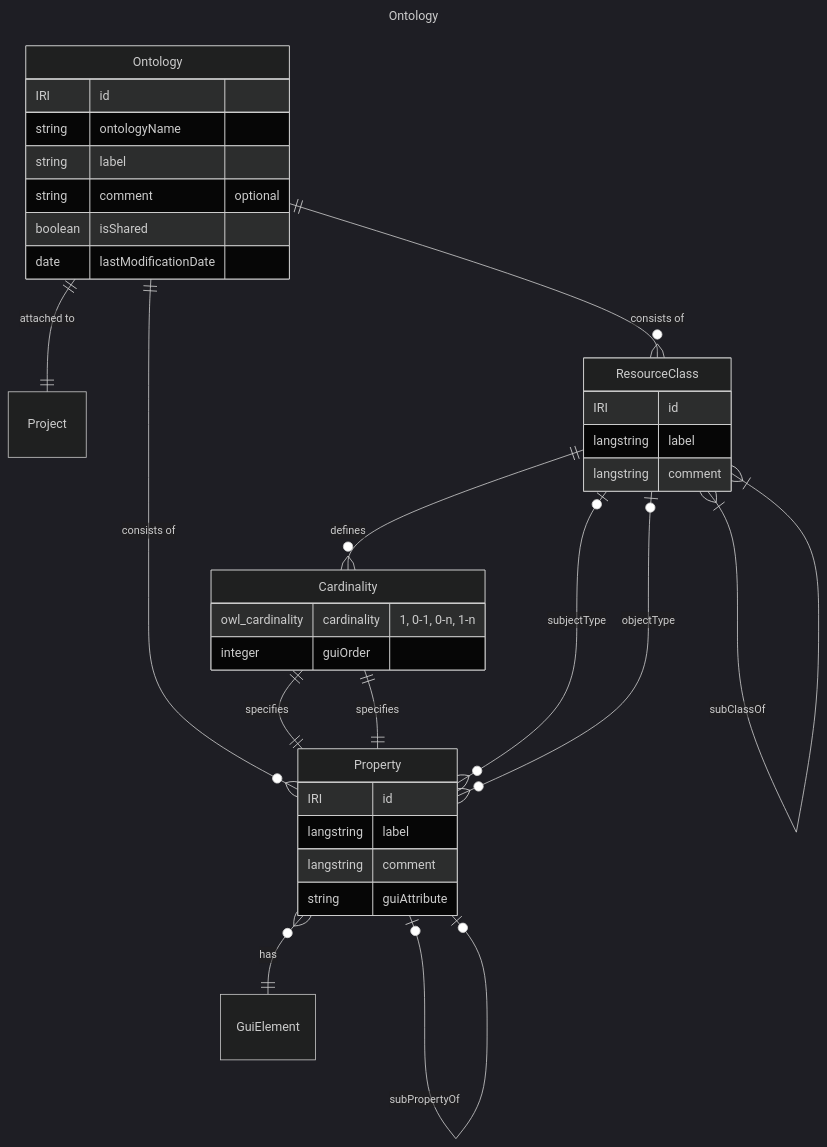
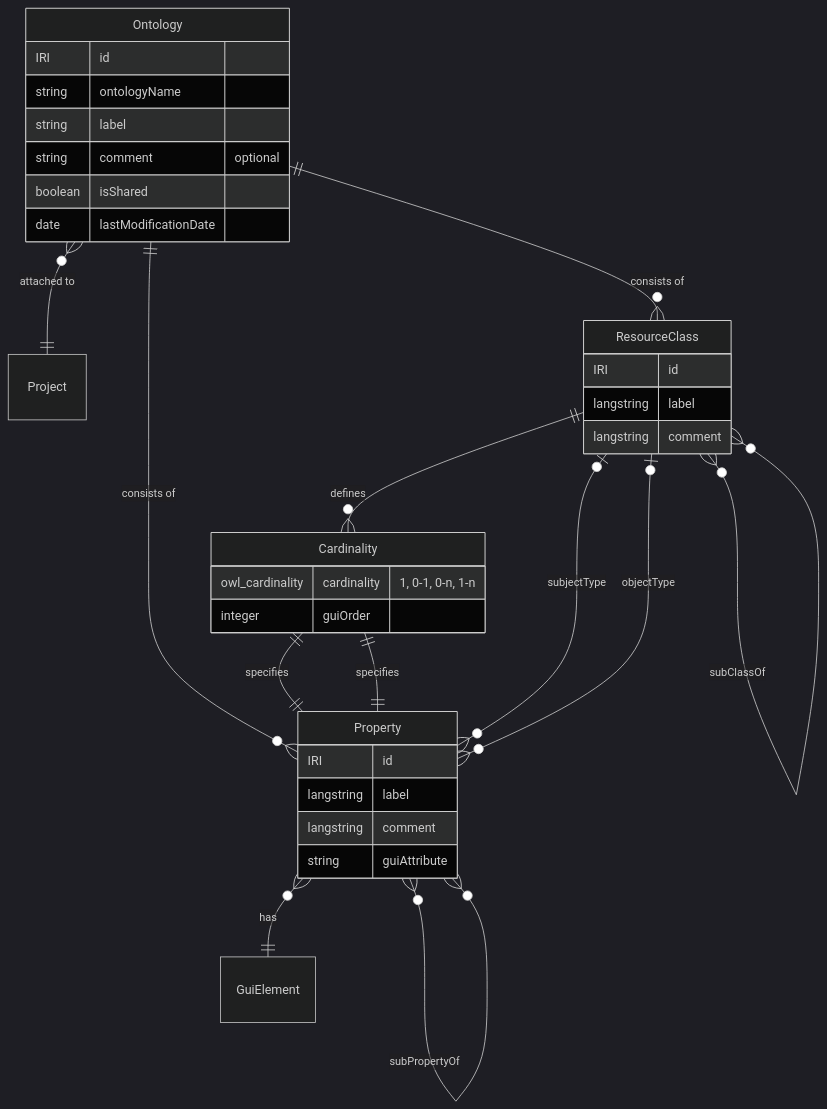
One commit to dasch-swiss/dsp-api changed the third of 4 diagrams in docs/05-internals/design/domain/domain-entities-and-relations.md. Above: the diagram before and after it, drawn with Mermaid (dark theme). The commit also changed other lines of this file, not shown here.

````diff
--- a/docs/05-internals/design/domain/domain-entities-and-relations.md
+++ b/docs/05-internals/design/domain/domain-entities-and-relations.md
@@ -125,42 +120,39 @@
 ```mermaid
----
-title: Ontology
----
 erDiagram
     Project {}
     Ontology {
         IRI id
         string ontologyName
         string label
         string comment "optional"
         boolean isShared
         date lastModificationDate
     }
     ResourceClass {
         IRI id
         langstring label
         langstring comment
     }
     Property {
         IRI id
         langstring label
         langstring comment
         string guiAttribute
     }
     GuiElement {}
     Cardinality {
         owl_cardinality cardinality "1, 0-1, 0-n, 1-n"
         integer guiOrder
     }
-    Ontology ||--|| Project: "attached to"
+    Ontology o{--|| Project: "attached to"
     Ontology ||--o{ ResourceClass: "consists of"
     Ontology ||--o{ Property: "consists of"
-    ResourceClass }|--|{ ResourceClass: subClassOf
+    ResourceClass }o--o{ ResourceClass: subClassOf
     ResourceClass ||--o{ Cardinality: defines
     Cardinality ||--|| Property: specifies
-    Property |o--o| Property: subPropertyOf
+    Property }o--o{ Property: subPropertyOf
     Property }o--o| ResourceClass: subjectType
     Property }o--o| ResourceClass: objectType
     Property }o--|| GuiElement: has
     Cardinality ||--|| Property: specifies
 ```
````
